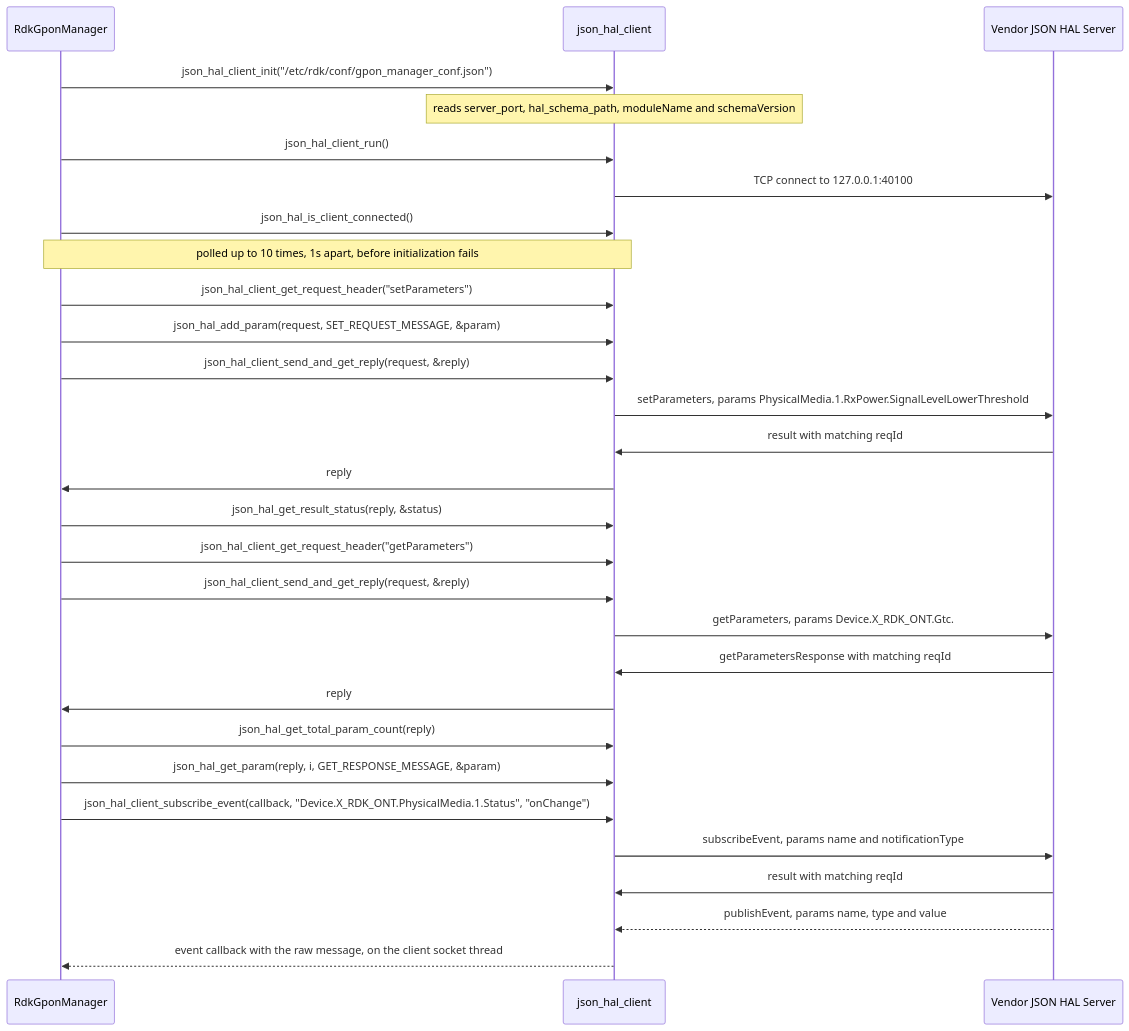
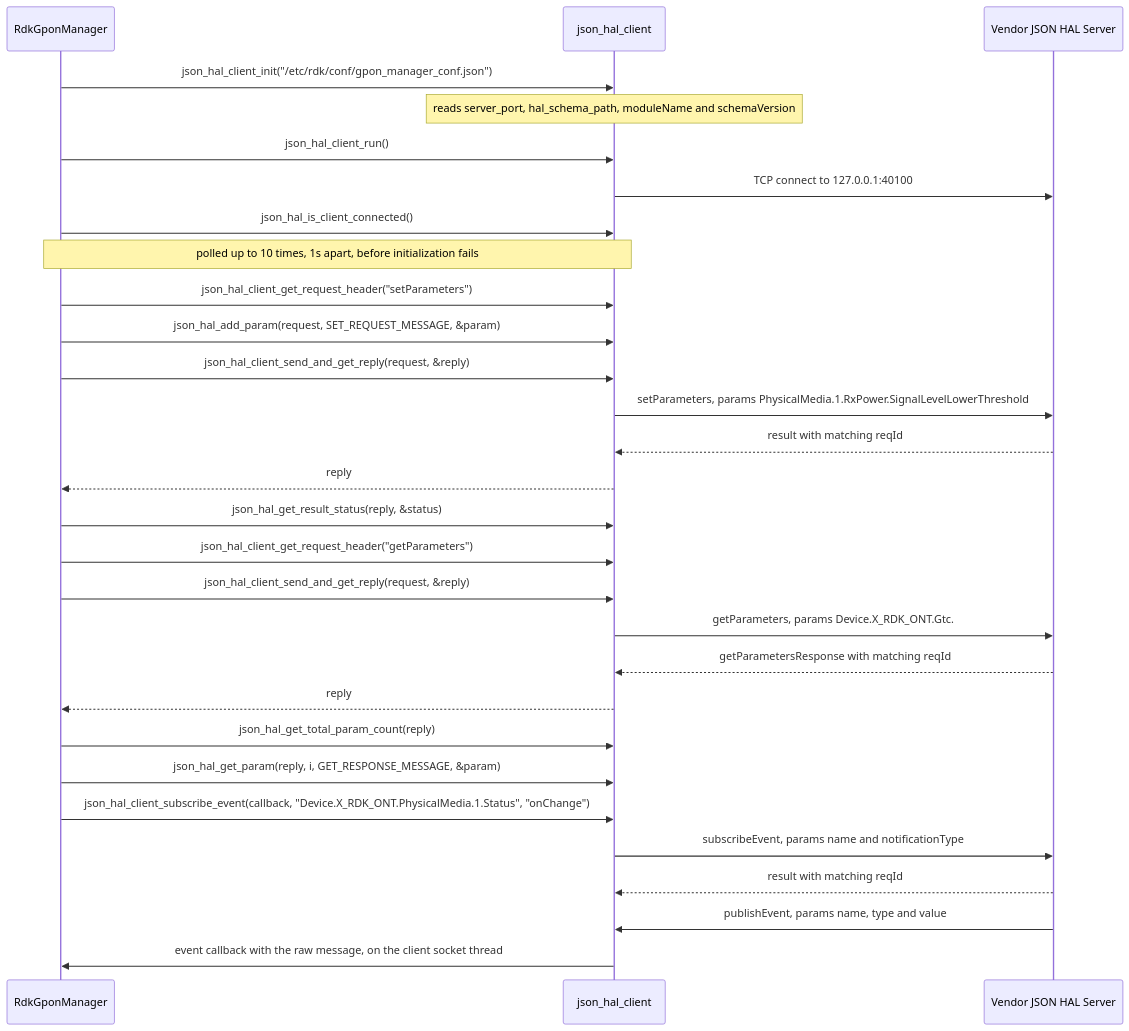
The second of 2 diagrams in docs/pages/halSpec.md (Blitzy-Sky/gpon-manager), drawn with Mermaid before and after one commit. The commit also changed other lines of this file and 2 other files, not shown here.

Commit message:
docs: tidy the GPON HAL diagrams, variant table and State Diagram text
README variant table back to three columns (schema, parameter definitions, loaded when); rendering notes removed from halSpec.md and halSpecDetailed.md; Registration States reduced to the ITU-T G.984.3 naming fact; sequence replies drawn as dashed arrows; the event-subscription registration step drawn as a note.

````diff
--- a/docs/pages/halSpec.md
+++ b/docs/pages/halSpec.md
@@ -751,31 +747,31 @@
 ```mermaid
 sequenceDiagram
     participant Mgr as RdkGponManager
     participant Cli as json_hal_client
     participant Srv as Vendor JSON HAL Server
     Mgr->>Cli: json_hal_client_init("/etc/rdk/conf/gpon_manager_conf.json")
     note over Cli: reads server_port, hal_schema_path, moduleName and schemaVersion
     Mgr->>Cli: json_hal_client_run()
     Cli->>Srv: TCP connect to 127.0.0.1:40100
     Mgr->>Cli: json_hal_is_client_connected()
     note over Mgr,Cli: polled up to 10 times, 1s apart, before initialization fails
     Mgr->>Cli: json_hal_client_get_request_header("setParameters")
     Mgr->>Cli: json_hal_add_param(request, SET_REQUEST_MESSAGE, &param)
     Mgr->>Cli: json_hal_client_send_and_get_reply(request, &reply)
     Cli->>Srv: setParameters, params PhysicalMedia.1.RxPower.SignalLevelLowerThreshold
-    Srv->>Cli: result with matching reqId
-    Cli->>Mgr: reply
+    Srv-->>Cli: result with matching reqId
+    Cli-->>Mgr: reply
     Mgr->>Cli: json_hal_get_result_status(reply, &status)
     Mgr->>Cli: json_hal_client_get_request_header("getParameters")
     Mgr->>Cli: json_hal_client_send_and_get_reply(request, &reply)
     Cli->>Srv: getParameters, params Device.X_RDK_ONT.Gtc.
-    Srv->>Cli: getParametersResponse with matching reqId
-    Cli->>Mgr: reply
+    Srv-->>Cli: getParametersResponse with matching reqId
+    Cli-->>Mgr: reply
     Mgr->>Cli: json_hal_get_total_param_count(reply)
     Mgr->>Cli: json_hal_get_param(reply, i, GET_RESPONSE_MESSAGE, &param)
     Mgr->>Cli: json_hal_client_subscribe_event(callback, "Device.X_RDK_ONT.PhysicalMedia.1.Status", "onChange")
     Cli->>Srv: subscribeEvent, params name and notificationType
-    Srv->>Cli: result with matching reqId
-    Srv-->>Cli: publishEvent, params name, type and value
-    Cli-->>Mgr: event callback with the raw message, on the client socket thread
+    Srv-->>Cli: result with matching reqId
+    Srv->>Cli: publishEvent, params name, type and value
+    Cli->>Mgr: event callback with the raw message, on the client socket thread
 ```
````
